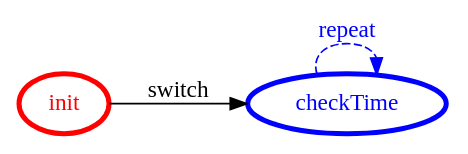
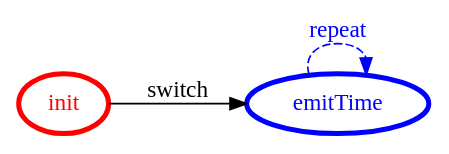
One commit to FFrabetti/ProgettoISS_relazione changed the diagram in it.unibo.finalTask2018/srcMore/it/unibo/clockagent/clockagent.gv. Above: the diagram before and after it, drawn with Graphviz. The commit also changed 53 other files, not shown here.

```diff
--- a/it.unibo.finalTask2018/srcMore/it/unibo/clockagent/clockagent.gv
+++ b/it.unibo.finalTask2018/srcMore/it/unibo/clockagent/clockagent.gv
@@ -1,17 +1,17 @@
 /*
 *
 * A GraphViz DOT FSM description 
 * Please use a GraphViz visualizer (like http://www.webgraphviz.com)
 *  
 */
 
 digraph finite_state_machine {
 	rankdir=LR
 	size="8,5"
 	
 	init [ color = red ][ fontcolor = red ][ penwidth = 3 ]
-	checkTime [ color = blue ][ fontcolor = blue ][ penwidth = 3 ]
+	emitTime [ color = blue ][ fontcolor = blue ][ penwidth = 3 ]
 	
-	init -> checkTime [ label = "switch" ][ color = black ][ fontcolor = black ]
-	checkTime -> checkTime [ label = "repeat "][ style = dashed ][ color = blue ][ fontcolor = blue ]
+	init -> emitTime [ label = "switch" ][ color = black ][ fontcolor = black ]
+	emitTime -> emitTime [ label = "repeat "][ style = dashed ][ color = blue ][ fontcolor = blue ]
 }
```
